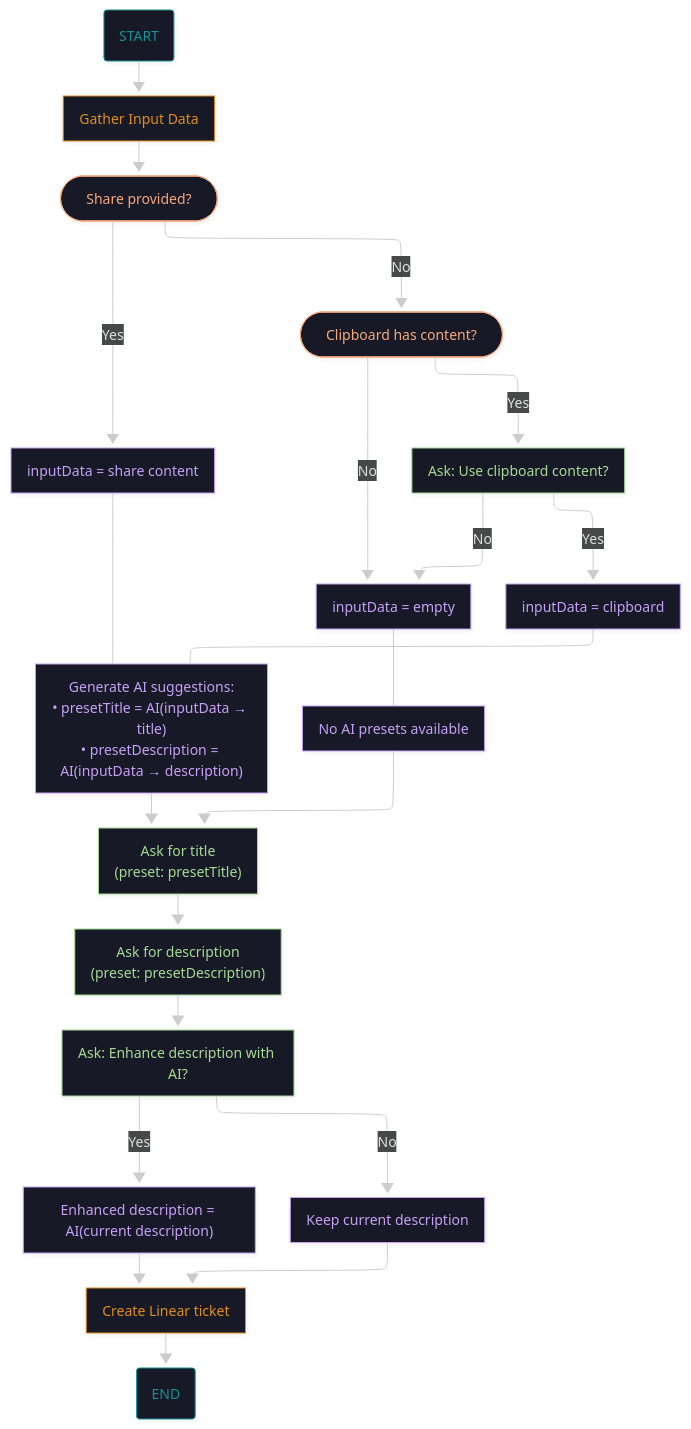
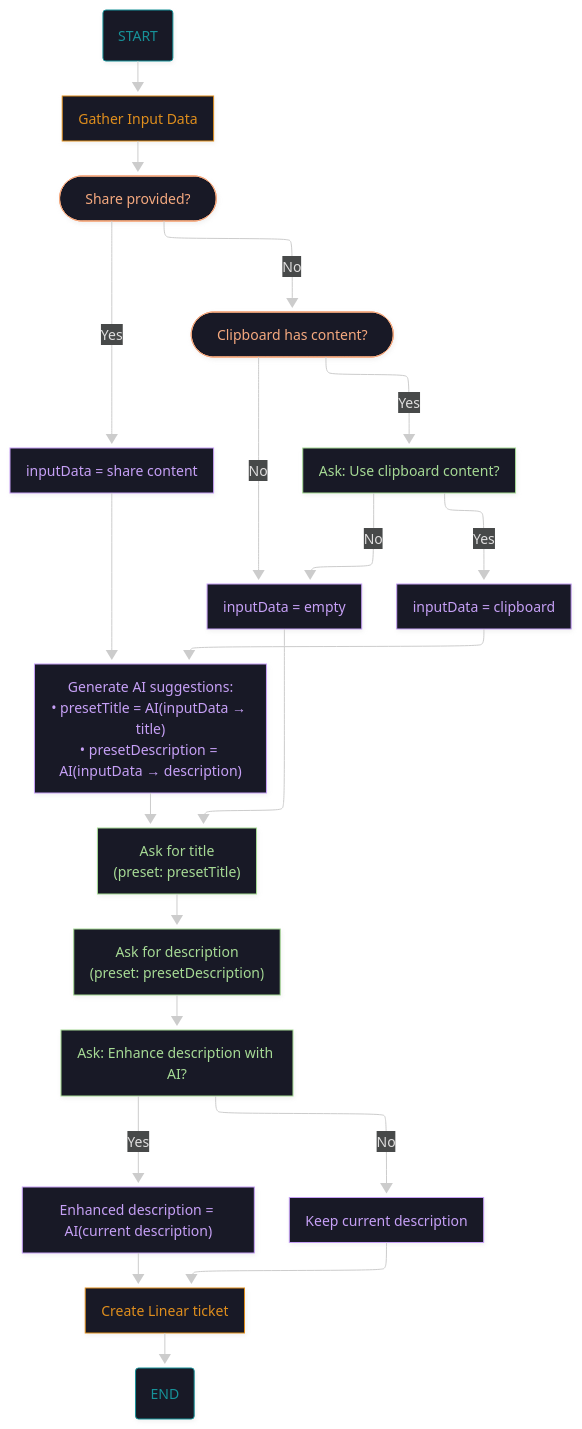
One commit to synmux/myriad changed the diagram in code/shortcuts/linear/linear.mmd. Above: the diagram before and after it, drawn with Mermaid.

Commit message:
🎨 Improve structure and readability of Linear workflow mermaid diagram
Refactor the flowchart to use more descriptive node names instead of
generic numbered identifiers (n1, n2, etc.) and reorganize the layout
with clear sections for node definitions, connections, and styling.
This makes the diagram more maintainable and easier to understand by
separating concerns and using semantic naming conventions.

```diff
--- a/code/shortcuts/linear/linear.mmd
+++ b/code/shortcuts/linear/linear.mmd
@@ -1,52 +1,69 @@
 ---
 config:
   theme: neo-dark
   layout: elk
   look: neo
 id: e4fc0bd5-0909-4b80-be2b-a7f50e0d766b
 ---
 flowchart TD
-  n1("START") --> n2["Gather Input Data"]
-  n2 --> n3(["Share provided?"])
-  n3 -- Yes --> n4["inputData = share content"]
-  n3 -- No --> n5(["Clipboard has content?"])
-  n5 -- Yes --> n6["Ask: Use clipboard content?"]
-  n5 -- No --> n7["inputData = empty"]
-  n6 -- Yes --> n8["inputData = clipboard"]
-  n6 -- No --> n7
-  n10["Generate AI suggestions:<br/>• presetTitle = AI(inputData → title)<br/>• presetDescription = AI(inputData → description)"]
-  n11["No AI presets available"]
-  n10 --> n12["Ask for title<br/>(preset: presetTitle)"]
-  n11 --> n12
-  n12 --> n13["Ask for description<br/>(preset: presetDescription)"]
-  n13 --> n14["Ask: Enhance description with AI?"]
-  n14 -- Yes --> n15["Enhanced description = AI(current description)"]
-  n14 -- No --> n16["Keep current description"]
-  n15 --> n17["Create Linear ticket"]
-  n16 --> n17
-  n17 --> n18("END")
-  n1:::endpoint
-  n2:::action
-  n3:::decision
-  n4:::variable
-  n5:::decision
-  n6:::question
-  n7:::variable
-  n8:::variable
-  n10:::variable
-  n11:::variable
-  n12:::question
-  n13:::question
-  n14:::question
-  n15:::variable
-  n16:::variable
-  n17:::action
-  n18:::endpoint
+  %% Node Definitions
+  start("START")
+  gather_input["Gather Input Data"]
+  check_share(["Share provided?"])
+  use_share["inputData = share content"]
+  check_clipboard(["Clipboard has content?"])
+  ask_clipboard["Ask: Use clipboard content?"]
+  empty_input["inputData = empty"]
+  use_clipboard["inputData = clipboard"]
+  ai_suggest["Generate AI suggestions:<br/>• presetTitle = AI(inputData → title)<br/>• presetDescription = AI(inputData → description)"]
+  ask_title["Ask for title<br/>(preset: presetTitle)"]
+  ask_desc["Ask for description<br/>(preset: presetDescription)"]
+  ask_enhance["Ask: Enhance description with AI?"]
+  enhance_desc["Enhanced description = AI(current description)"]
+  keep_desc["Keep current description"]
+  create_ticket["Create Linear ticket"]
+  finish("END")
+
+  %% Connections
+  start --> gather_input
+  gather_input --> check_share
+  check_share -- Yes --> use_share
+  check_share -- No --> check_clipboard
+  check_clipboard -- Yes --> ask_clipboard
+  check_clipboard -- No --> empty_input
+  ask_clipboard -- Yes --> use_clipboard
+  ask_clipboard -- No --> empty_input
+  use_share --> ai_suggest
+  use_clipboard --> ai_suggest
+  empty_input --> ask_title
+  ai_suggest --> ask_title
+  ask_title --> ask_desc
+  ask_desc --> ask_enhance
+  ask_enhance -- Yes --> enhance_desc
+  ask_enhance -- No --> keep_desc
+  enhance_desc --> create_ticket
+  keep_desc --> create_ticket
+  create_ticket --> finish
+
+  %% Styling
+  start:::endpoint
+  gather_input:::action
+  check_share:::decision
+  use_share:::variable
+  check_clipboard:::decision
+  ask_clipboard:::question
+  empty_input:::variable
+  use_clipboard:::variable
+  ai_suggest:::variable
+  ask_title:::question
+  ask_desc:::question
+  ask_enhance:::question
+  enhance_desc:::variable
+  keep_desc:::variable
+  create_ticket:::action
+  finish:::endpoint
   classDef question fill:#181926, stroke-width:1px, stroke-dasharray:none, stroke:#a6da95, color:#a6da95
   classDef variable fill:#181926, stroke-width:1px, stroke-dasharray:none, stroke:#c6a0f6, color:#c6a0f6
   classDef decision fill:#181926, stroke-width:1px, stroke-dasharray:none, stroke:#f5a97f, color:#f5a97f
   classDef endpoint fill:#181926, stroke-width:1px, stroke-dasharray:none, stroke:#179299, color:#179299
   classDef action fill:#181926, stroke-width:1px, stroke-dasharray:none, stroke:#df8e1d, color:#df8e1d
-	n7 --- n11
-	n4 --- n10
-	n8 --- n10
```
